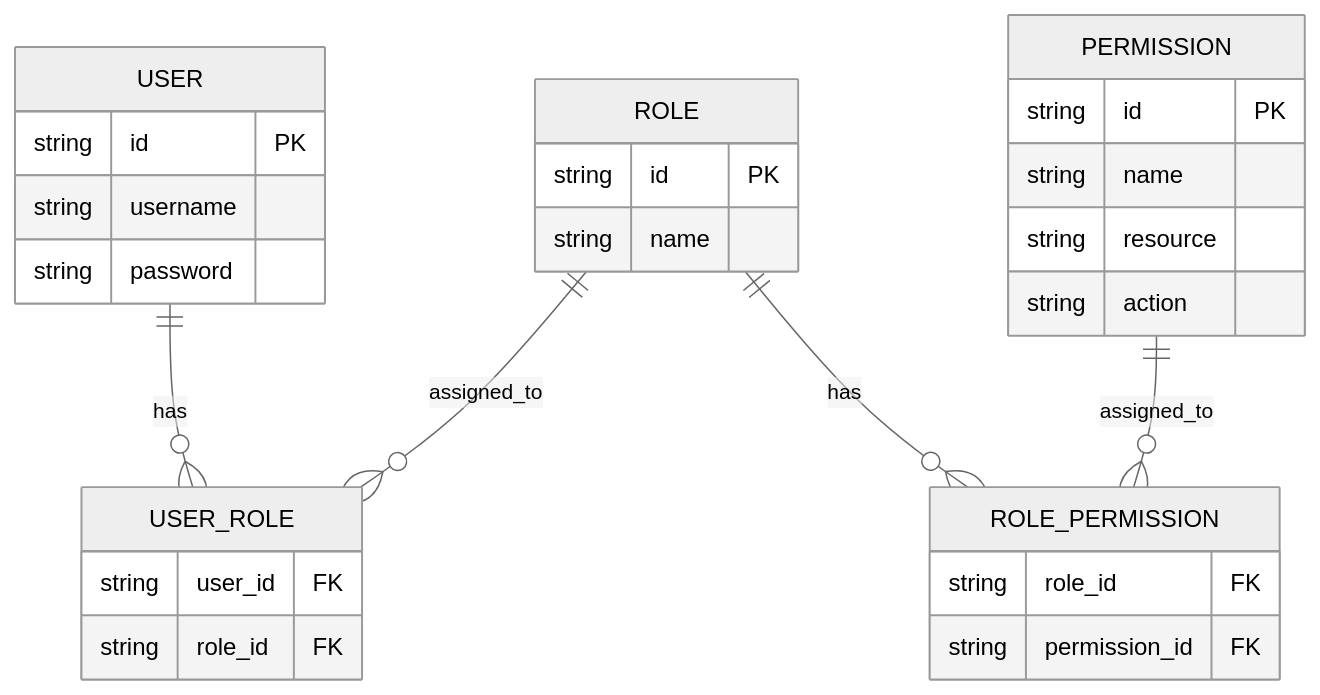
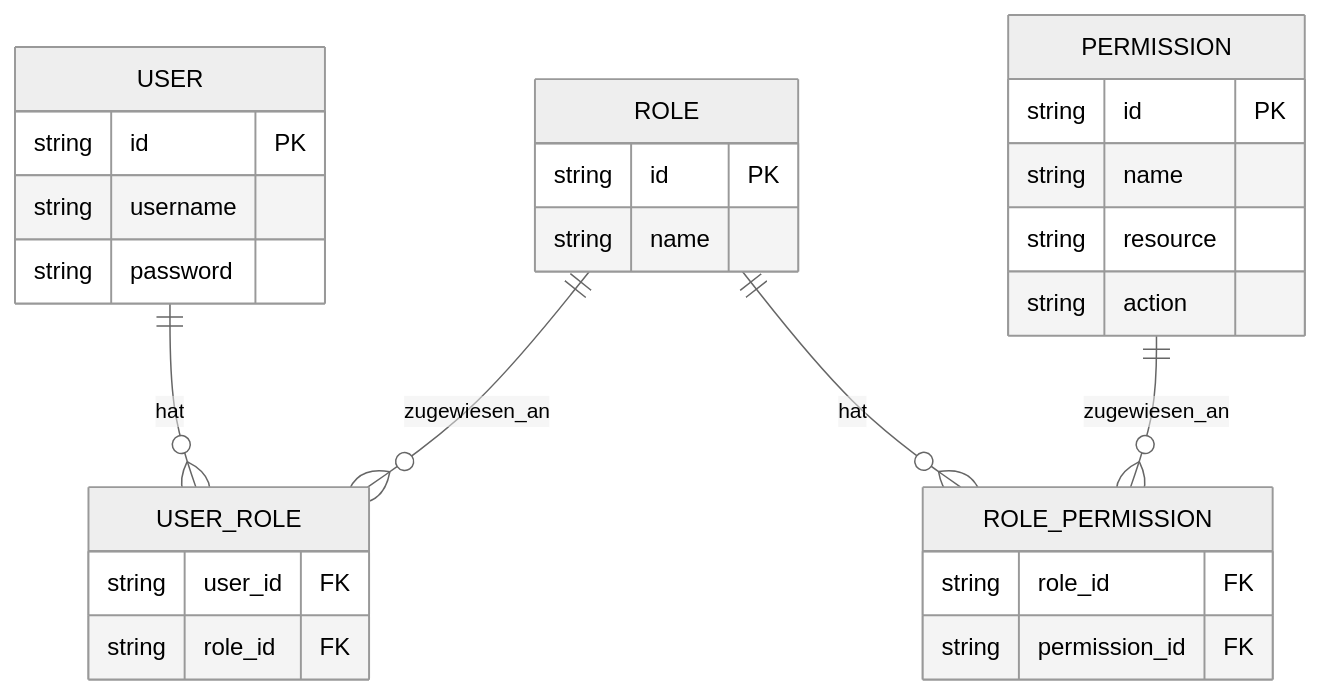
Before and after one commit to logto-io/auth-wiki: the first of 4 diagrams in src/content/terms/de/rbac.mdx, drawn with Mermaid (neutral theme). The commit also changed other lines of this file and 98 other files, not shown here.

````diff
--- a/src/content/terms/de/rbac.mdx
+++ b/src/content/terms/de/rbac.mdx
@@ -38,35 +143,35 @@
 ```mermaid
 erDiagram
-  USER ||--o{ USER_ROLE : has
-  ROLE ||--o{ USER_ROLE : assigned_to
-  ROLE ||--o{ ROLE_PERMISSION : has
-  PERMISSION ||--o{ ROLE_PERMISSION : assigned_to
+  USER ||--o{ USER_ROLE : hat
+  ROLE ||--o{ USER_ROLE : zugewiesen_an
+  ROLE ||--o{ ROLE_PERMISSION : hat
+  PERMISSION ||--o{ ROLE_PERMISSION : zugewiesen_an
 
   USER {
     string id PK
     string username
     string password
   }
 
   ROLE {
     string id PK
     string name
   }
 
   PERMISSION {
     string id PK
     string name
     string resource
     string action
   }
 
   USER_ROLE {
     string user_id FK
     string role_id FK
   }
 
   ROLE_PERMISSION {
     string role_id FK
     string permission_id FK
   }
 ```
````
